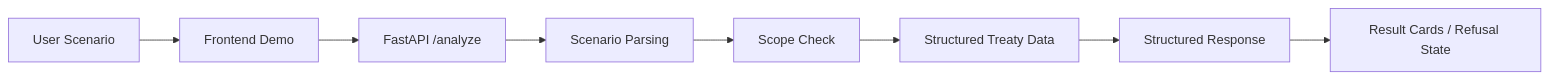
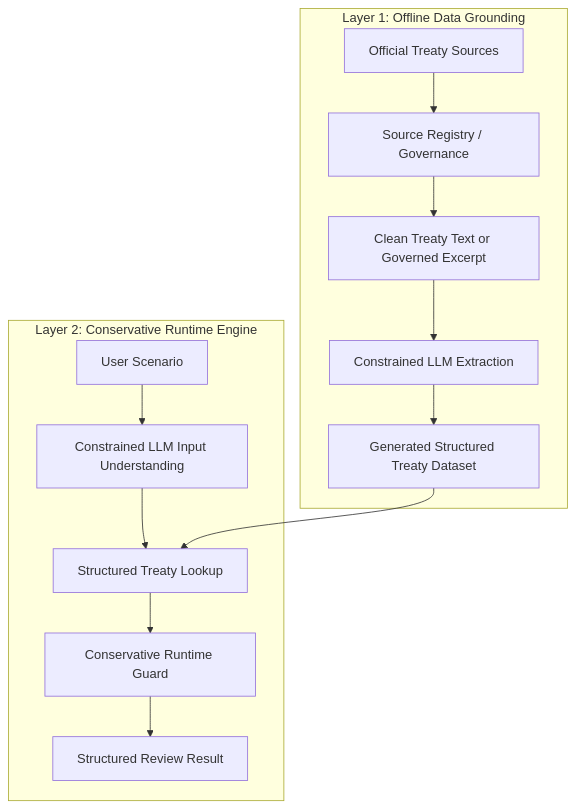
Before and after one commit to saeucora123/tax-treaty-agent: the diagram in README.md, drawn with Mermaid. The commit also changed other lines of this file and 33 other files, not shown here.

Commit message:
Stabilize phase 2 runtime and source governance

````diff
--- a/README.md
+++ b/README.md
@@ -124,10 +51,22 @@
 ```mermaid
-flowchart LR
-    A["User Scenario"] --> B["Frontend Demo"]
-    B --> C["FastAPI /analyze"]
-    C --> D["Scenario Parsing"]
-    D --> E["Scope Check"]
-    E --> F["Structured Treaty Data"]
-    F --> G["Structured Response"]
-    G --> H["Result Cards / Refusal State"]
+flowchart TB
+    subgraph A["Layer 1: Offline Data Grounding"]
+        S1["Official Treaty Sources"]
+        S2["Source Registry / Governance"]
+        S3["Clean Treaty Text or Governed Excerpt"]
+        S4["Constrained LLM Extraction"]
+        S5["Generated Structured Treaty Dataset"]
+        S1 --> S2 --> S3 --> S4 --> S5
+    end
+
+    subgraph B["Layer 2: Conservative Runtime Engine"]
+        R1["User Scenario"]
+        R2["Constrained LLM Input Understanding"]
+        R3["Structured Treaty Lookup"]
+        R4["Conservative Runtime Guard"]
+        R5["Structured Review Result"]
+        R1 --> R2 --> R3 --> R4 --> R5
+    end
+
+    S5 --> R3
 ```
````
